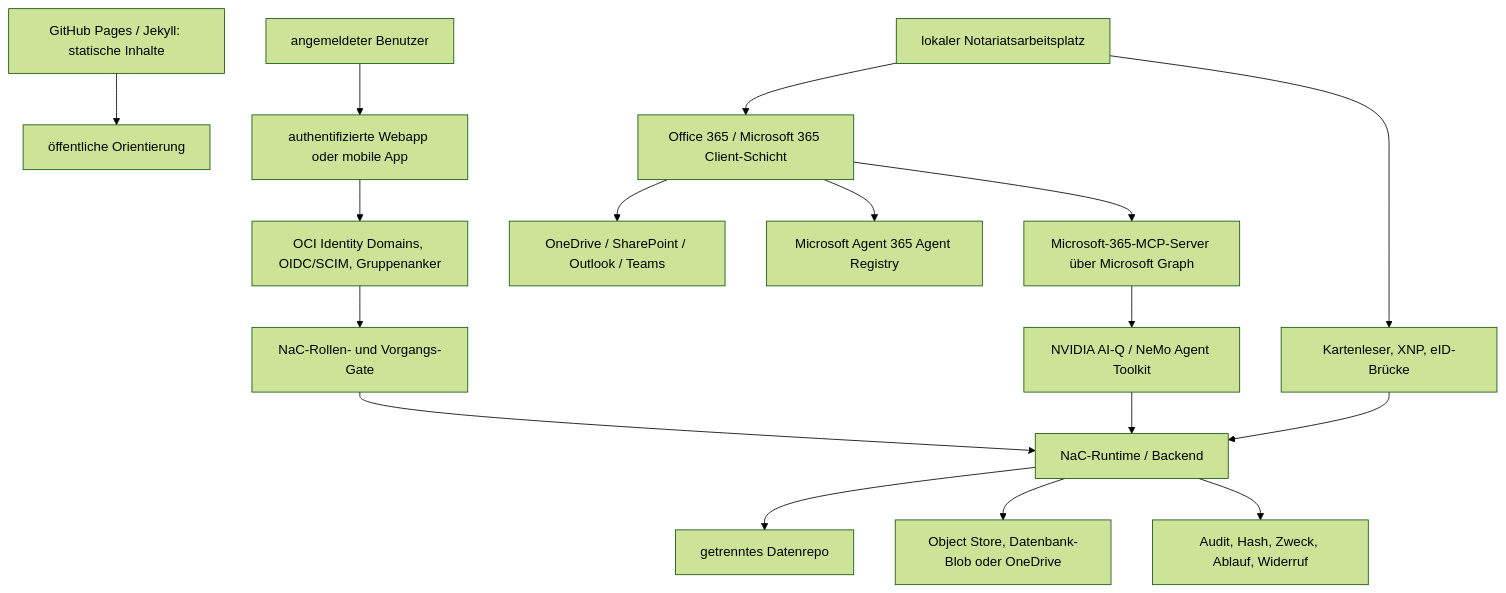
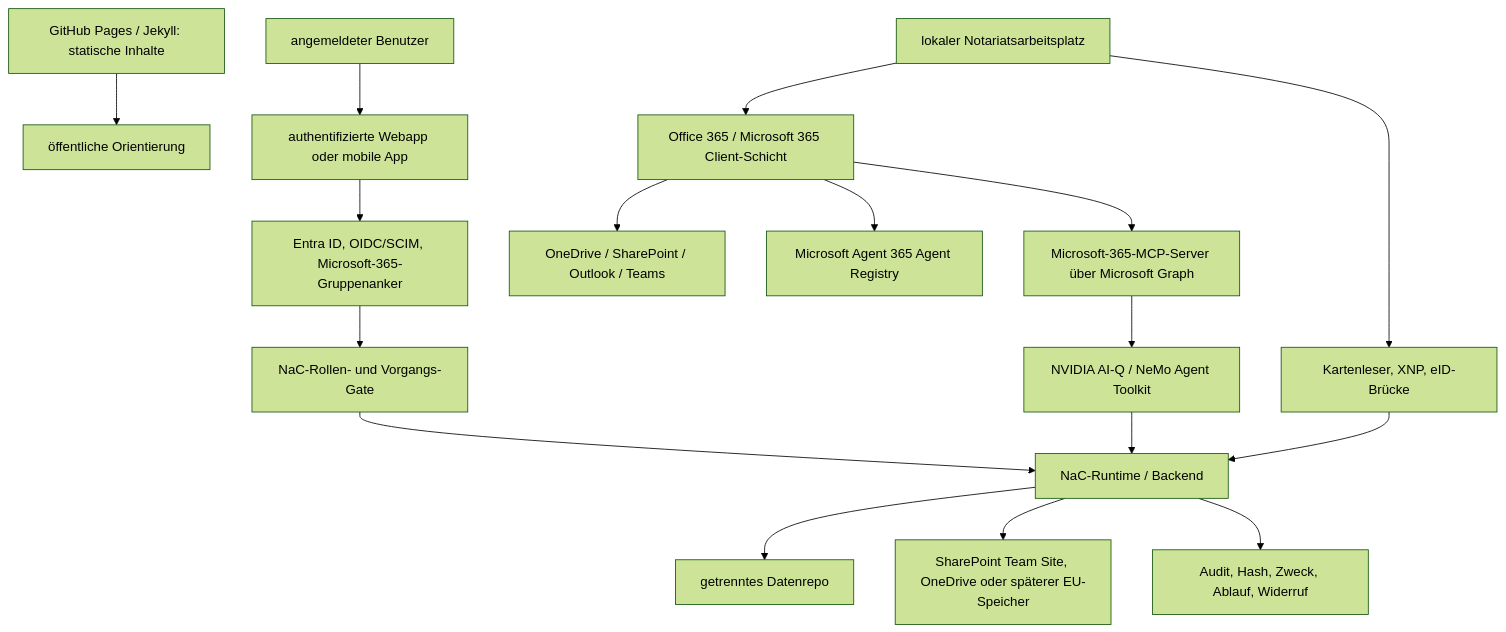
The diagram in docs/de/authenticated-webapp-operating-model.md (notariat8/NaC), drawn with Mermaid (forest theme) before and after one commit. The commit also changed other lines of this file and 4 other files, not shown here.

````diff
--- a/docs/de/authenticated-webapp-operating-model.md
+++ b/docs/de/authenticated-webapp-operating-model.md
@@ -37,19 +37,19 @@
 ```mermaid
 flowchart TD
     Static["GitHub Pages / Jekyll: statische Inhalte"] --> Public["öffentliche Orientierung"]
     User["angemeldeter Benutzer"] --> AuthApp["authentifizierte Webapp oder mobile App"]
-    AuthApp --> OciIdp["OCI Identity Domains, OIDC/SCIM, Gruppenanker"]
-    OciIdp --> NacRole["NaC-Rollen- und Vorgangs-Gate"]
+    AuthApp --> EntraId["Entra ID, OIDC/SCIM, Microsoft-365-Gruppenanker"]
+    EntraId --> NacRole["NaC-Rollen- und Vorgangs-Gate"]
     NacRole --> Runtime["NaC-Runtime / Backend"]
     Runtime --> DataRepo["getrenntes Datenrepo"]
-    Runtime --> Storage["Object Store, Datenbank-Blob oder OneDrive"]
+    Runtime --> Storage["SharePoint Team Site, OneDrive oder späterer EU-Speicher"]
     Runtime --> Audit["Audit, Hash, Zweck, Ablauf, Widerruf"]
     Workstation --> O365["Office 365 / Microsoft 365 Client-Schicht"]
     O365 --> OneDrive["OneDrive / SharePoint / Outlook / Teams"]
     O365 --> AgentRegistry["Microsoft Agent 365 Agent Registry"]
     O365 --> M365Mcp["Microsoft-365-MCP-Server über Microsoft Graph"]
     M365Mcp --> AiQ["NVIDIA AI-Q / NeMo Agent Toolkit"]
     AiQ --> Runtime
     Workstation["lokaler Notariatsarbeitsplatz"] --> Card["Kartenleser, XNP, eID-Brücke"]
     Card --> Runtime
 ```
````
